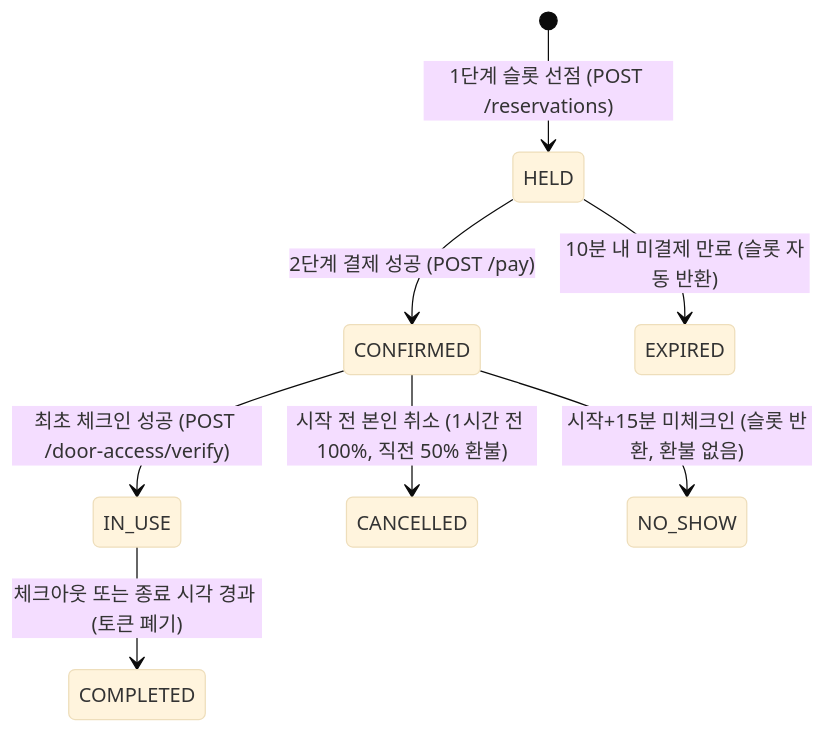
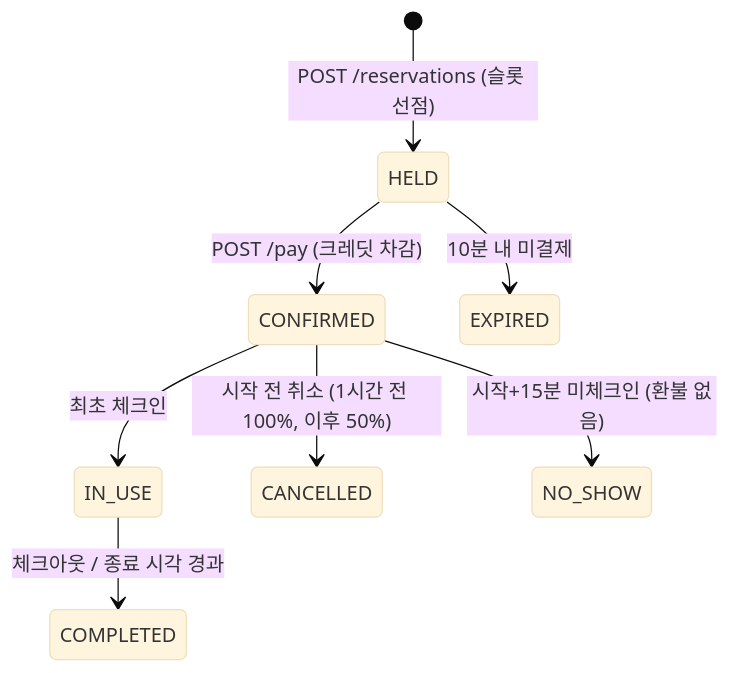
The second of 2 diagrams in README.md (prgrms-be-devcourse/NBE12-14-3-OVENGERS), drawn with Mermaid (base theme) before and after one commit. The commit also changed other lines of this file, not shown here.

````diff
--- a/README.md
+++ b/README.md
@@ -320,10 +76,10 @@
 ```mermaid
 stateDiagram-v2
-    [*] --> HELD: 1단계 슬롯 선점 (POST /reservations)
-    HELD --> CONFIRMED: 2단계 결제 성공 (POST /pay)
-    HELD --> EXPIRED: 10분 내 미결제 만료 (슬롯 자동 반환)
-    CONFIRMED --> IN_USE: 최초 체크인 성공 (POST /door-access/verify)
-    CONFIRMED --> CANCELLED: 시작 전 본인 취소 (1시간 전 100%, 직전 50% 환불)
-    CONFIRMED --> NO_SHOW: 시작+15분 미체크인 (슬롯 반환, 환불 없음)
-    IN_USE --> COMPLETED: 체크아웃 또는 종료 시각 경과 (토큰 폐기)
+    [*] --> HELD: POST /reservations (슬롯 선점)
+    HELD --> CONFIRMED: POST /pay (크레딧 차감)
+    HELD --> EXPIRED: 10분 내 미결제
+    CONFIRMED --> IN_USE: 최초 체크인
+    CONFIRMED --> CANCELLED: 시작 전 취소 (1시간 전 100%, 이후 50%)
+    CONFIRMED --> NO_SHOW: 시작+15분 미체크인 (환불 없음)
+    IN_USE --> COMPLETED: 체크아웃 / 종료 시각 경과
 ```
````
